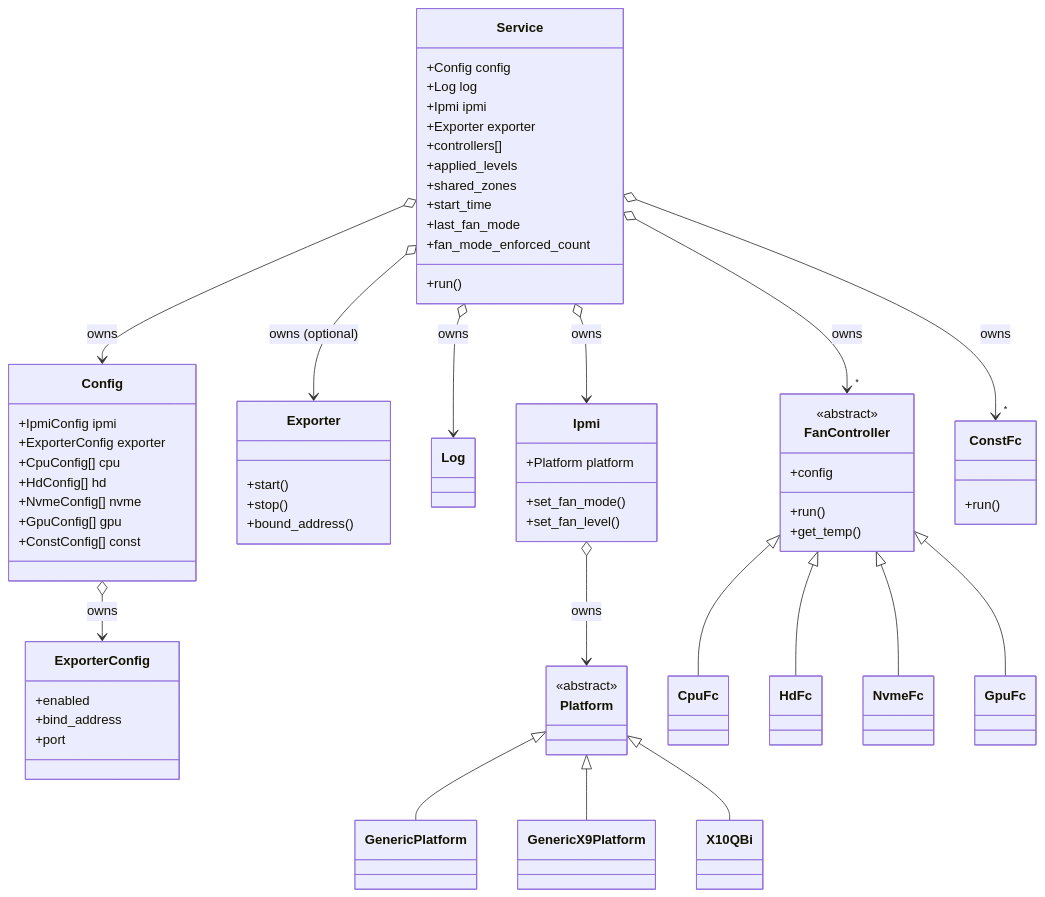
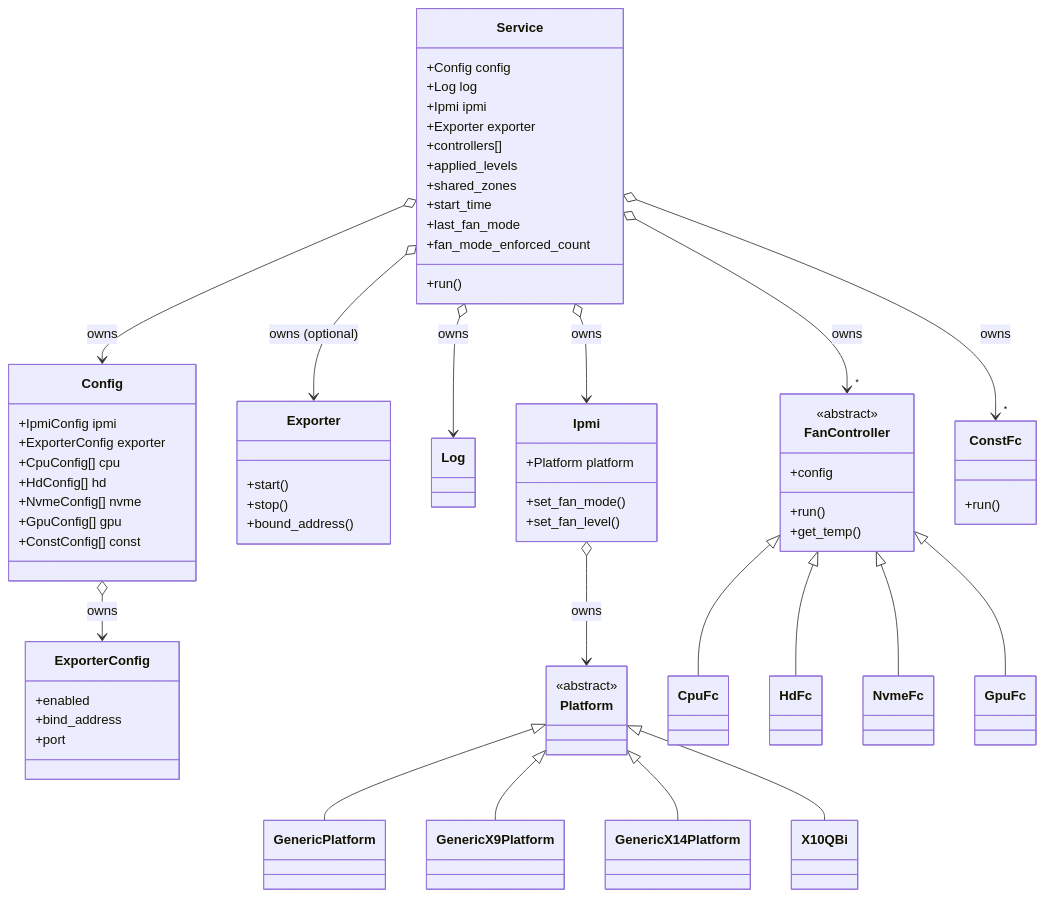
The second of 10 diagrams in ARCHITECTURE.md (petersulyok/smfc), drawn with Mermaid before and after one commit. The commit also changed other lines of this file, not shown here.

Commit message:
Changed: update ARCHITECTURE.md for X14 platform, start/end API, Grafana, nine sample configs

````diff
--- a/ARCHITECTURE.md
+++ b/ARCHITECTURE.md
@@ -92,77 +93,79 @@
 ```mermaid
 classDiagram
     class Service {
         +Config config
         +Log log
         +Ipmi ipmi
         +Exporter exporter
         +controllers[]
         +applied_levels
         +shared_zones
         +start_time
         +last_fan_mode
         +fan_mode_enforced_count
         +run()
     }
     class Config {
         +IpmiConfig ipmi
         +ExporterConfig exporter
         +CpuConfig[] cpu
         +HdConfig[] hd
         +NvmeConfig[] nvme
         +GpuConfig[] gpu
         +ConstConfig[] const
     }
     class ExporterConfig {
         +enabled
         +bind_address
         +port
     }
     class Exporter {
         +start()
         +stop()
         +bound_address()
     }
     class Log
     class Ipmi {
         +Platform platform
         +set_fan_mode()
         +set_fan_level()
     }
     class Platform {
         <<abstract>>
     }
     class GenericPlatform
     class GenericX9Platform
+    class GenericX14Platform
     class X10QBi
 
     class FanController {
         <<abstract>>
         +config
         +run()
         +get_temp()
     }
     class CpuFc
     class HdFc
     class NvmeFc
     class GpuFc
     class ConstFc {
         +run()
     }
 
     Service o--> Config            : owns
     Service o--> Log               : owns
     Service o--> Ipmi              : owns
     Service o--> Exporter          : owns (optional)
     Service o--> "*" FanController : owns
     Service o--> "*" ConstFc       : owns
     Config o--> ExporterConfig     : owns
     Ipmi o--> Platform             : owns
     Platform <|-- GenericPlatform
     Platform <|-- GenericX9Platform
+    Platform <|-- GenericX14Platform
     Platform <|-- X10QBi
     FanController <|-- CpuFc
     FanController <|-- HdFc
     FanController <|-- NvmeFc
     FanController <|-- GpuFc
 ```
````
